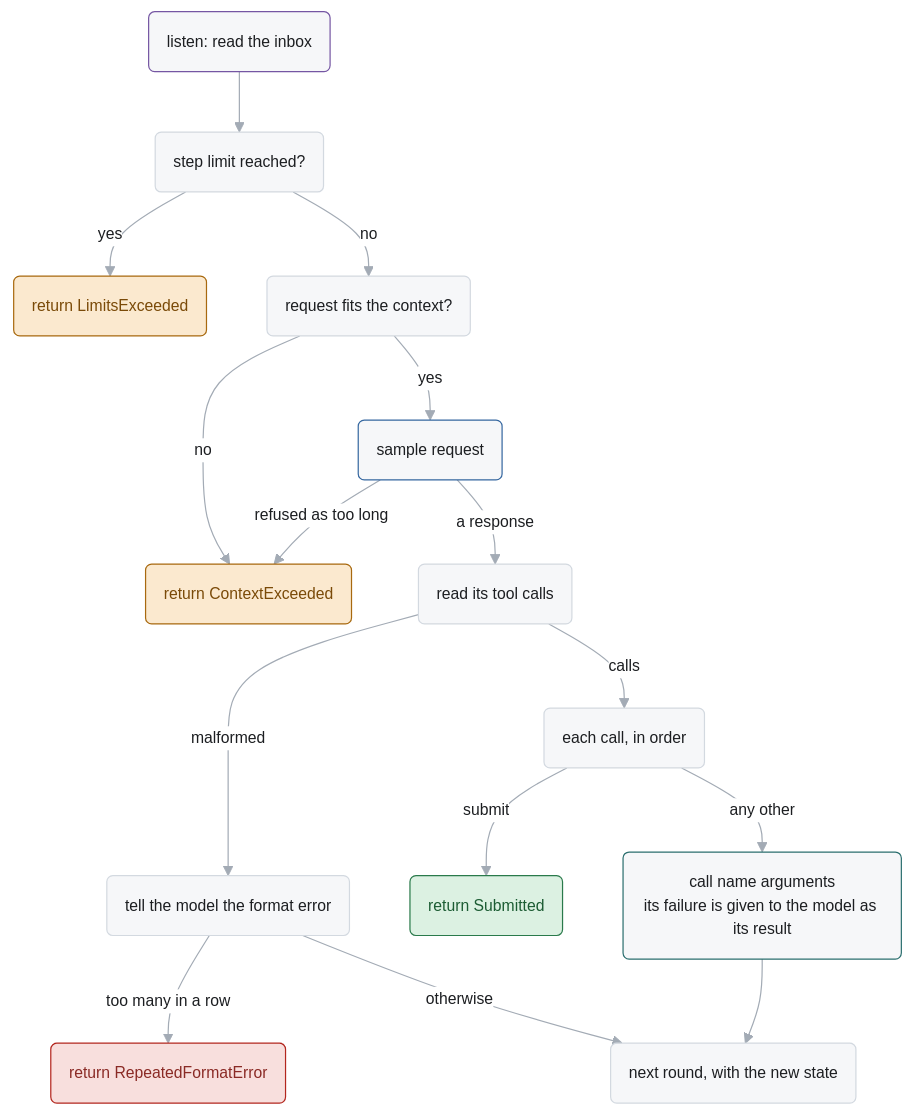
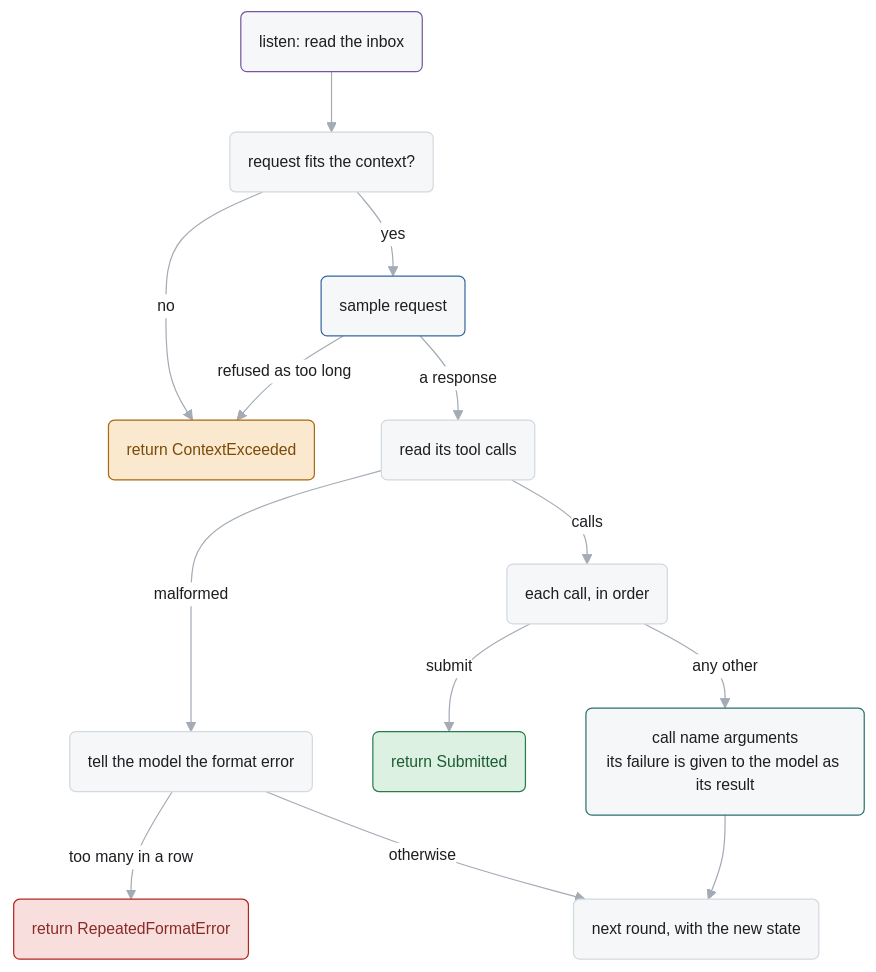
One commit to pku-xht/alaya changed the sixth of 6 diagrams in docs/agent-api.md. Above: the diagram before and after it, drawn with Mermaid. The commit also changed 11 other files, not shown here.

First line of the commit message:
Remove step_limit and cap a run's responses with --samples alone

````diff
--- a/docs/agent-api.md
+++ b/docs/agent-api.md
@@ -643,26 +643,24 @@
 ```mermaid
 %%{init: {"theme": "base", "themeVariables": {"fontFamily": "BlinkMacSystemFont, Segoe UI, Helvetica, Arial", "fontSize": "13px", "primaryColor": "#f6f7f9", "primaryTextColor": "#1c1e21", "primaryBorderColor": "#d3d9e0", "lineColor": "#a3abb5", "textColor": "#6f7985", "edgeLabelBackground": "#ffffff", "clusterBkg": "#fafbfc", "clusterBorder": "#e3e6ea"}}}%%
 flowchart TD
   classDef sample stroke:#3567a0
   classDef exec stroke:#2b6f6f
   classDef notice stroke:#7556a3
   classDef ok fill:#dcf1e2,stroke:#2a7a4b,color:#1c5c33
   classDef bad fill:#f8dfdd,stroke:#b3261e,color:#8a2a25
   classDef wait fill:#fbe9cf,stroke:#a8690f,color:#7a4a08
 
-  listen("listen: read the inbox"):::notice --> limit("step limit reached?")
-  limit -- "yes" --> limits("return LimitsExceeded"):::wait
-  limit -- "no" --> fits("request fits the context?")
+  listen("listen: read the inbox"):::notice --> fits("request fits the context?")
   fits -- "no" --> context("return ContextExceeded"):::wait
   fits -- "yes" --> sample("sample request"):::sample
   sample -- "refused as too long" --> context
   sample -- "a response" --> parsed("read its tool calls")
   parsed -- "malformed" --> format("tell the model the format error")
   format -- "too many in a row" --> repeated("return RepeatedFormatError"):::bad
   format -- "otherwise" --> again("next round, with the new state")
   parsed -- "calls" --> each("each call, in order")
   each -- "submit" --> submitted("return Submitted"):::ok
   each -- "any other" --> tool("call name arguments<br/>its failure is given to the model as its result"):::exec
   tool --> again
   linkStyle default stroke-width:1px
 ```
````
